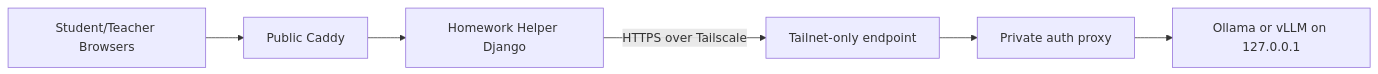
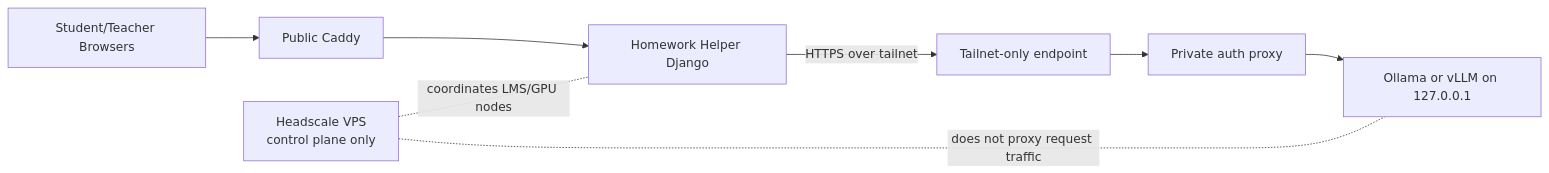
The diagram in ops/llm-server/README.md (bseverns/classhub), drawn with Mermaid before and after one commit. The commit also changed other lines of this file and 51 other files, not shown here.

````diff
--- a/ops/llm-server/README.md
+++ b/ops/llm-server/README.md
@@ -19,8 +23,12 @@
 ```mermaid
 flowchart LR
   B[Student/Teacher Browsers] --> C[Public Caddy]
   C --> H[Homework Helper Django]
-  H -->|HTTPS over Tailscale| T[Tailnet-only endpoint]
+  H -->|HTTPS over tailnet| T[Tailnet-only endpoint]
   T --> P[Private auth proxy]
   P --> O[Ollama or vLLM on 127.0.0.1]
+  HS[Headscale VPS<br/>control plane only]
+
+  HS -. coordinates LMS/GPU nodes .- H
+  HS -. does not proxy request traffic .- O
 ```
````
